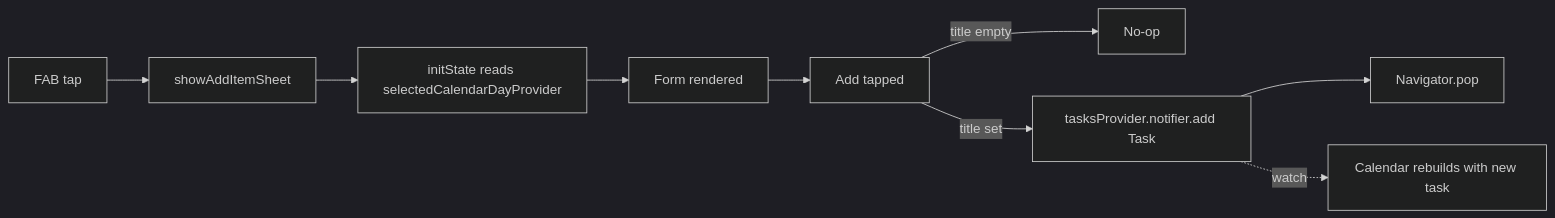
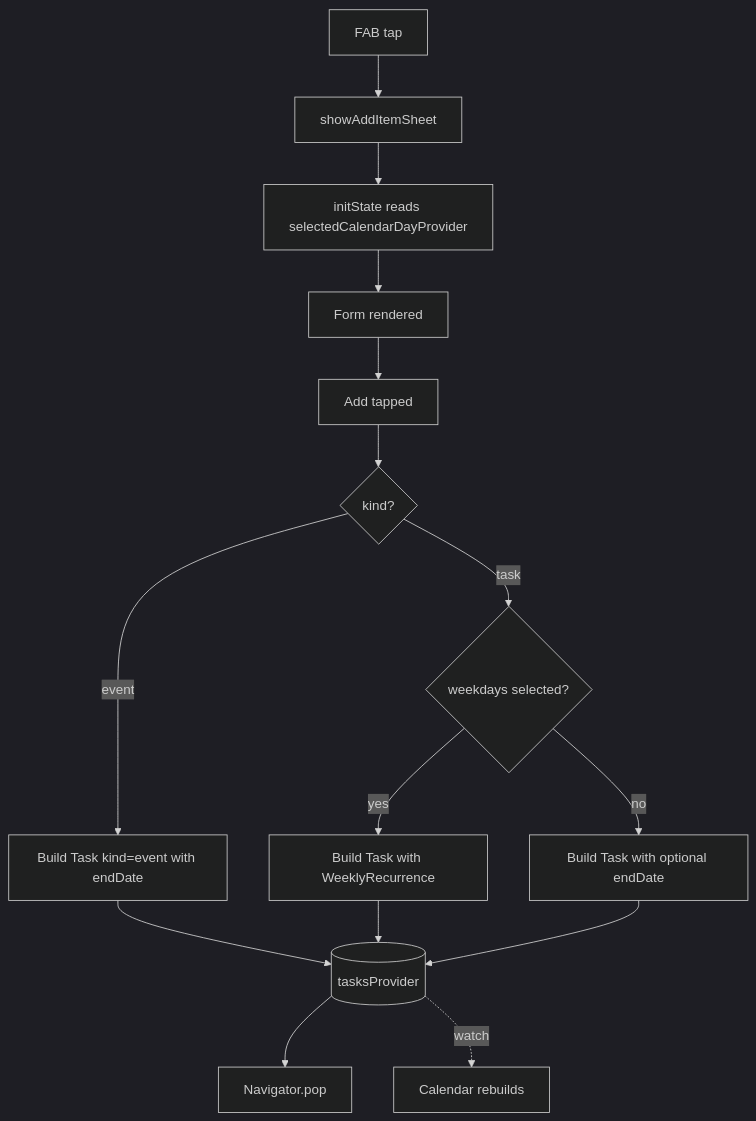
The diagram in docs/add_task.md (Nihal-io/Todo-List-app), drawn with Mermaid (dark theme) before and after one commit. The commit also changed other lines of this file and 24 other files, not shown here.

````diff
--- a/docs/add_task.md
+++ b/docs/add_task.md
@@ -74,11 +94,17 @@
 ```mermaid
-flowchart LR
+flowchart TB
     fab[FAB tap] --> sheet[showAddItemSheet]
     sheet --> initState[initState reads selectedCalendarDayProvider]
     initState --> form[Form rendered]
     form --> submit[Add tapped]
-    submit -->|"title empty"| noop[No-op]
-    submit -->|"title set"| addTask[tasksProvider.notifier.add Task]
-    addTask --> dismiss[Navigator.pop]
-    addTask -.->|"watch"| calendar[Calendar rebuilds with new task]
+    submit --> kindCheck{kind?}
+    kindCheck -->|event| ev[Build Task kind=event with endDate]
+    kindCheck -->|task| recCheck{weekdays selected?}
+    recCheck -->|yes| rec[Build Task with WeeklyRecurrence]
+    recCheck -->|no| simple[Build Task with optional endDate]
+    ev --> store[(tasksProvider)]
+    rec --> store
+    simple --> store
+    store --> dismiss[Navigator.pop]
+    store -.->|watch| calendar[Calendar rebuilds]
 ```
````
